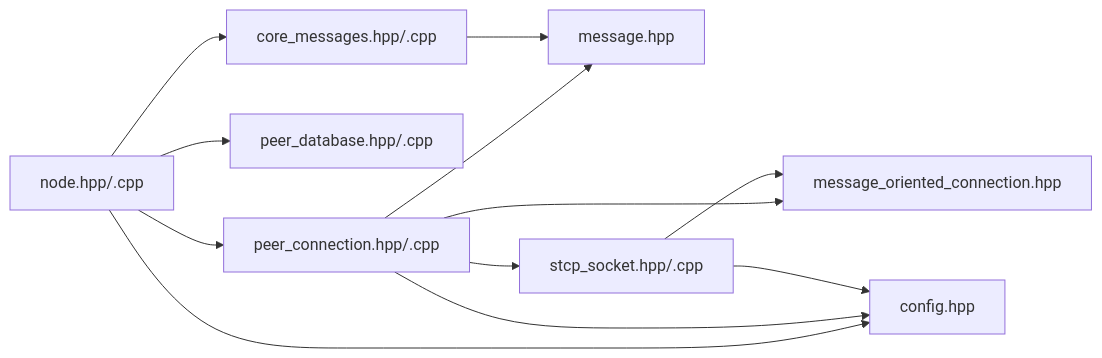
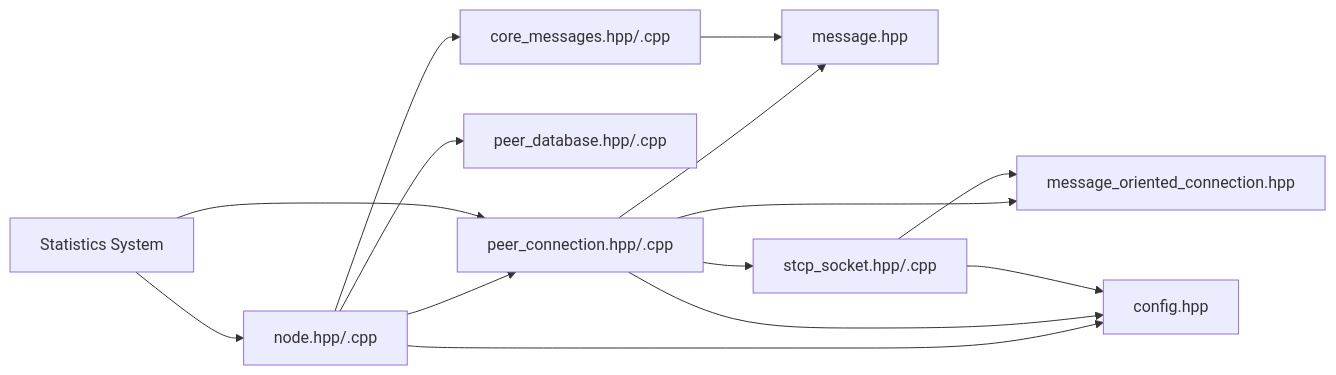
One commit to VIZ-Blockchain/viz-cpp-node changed diagram 11 of 11 in .qoder/repowiki/en/content/Architecture Overview/Core Libraries/Network Library/Network Library.md. Above: the diagram before and after it, drawn with Mermaid. The commit also changed other lines of this file and 3 other files, not shown here.

First line of the commit message:
docs(network): add detailed peer statistics and metrics system documentation

````diff
--- a/.qoder/repowiki/en/content/Architecture Overview/Core Libraries/Network Library/Network Library.md
+++ b/.qoder/repowiki/en/content/Architecture Overview/Core Libraries/Network Library/Network Library.md
@@ -409,14 +518,16 @@
 ```mermaid
 graph LR
 Node["node.hpp/.cpp"] --> PeerConn["peer_connection.hpp/.cpp"]
 Node --> PeerDB["peer_database.hpp/.cpp"]
 Node --> CoreMsg["core_messages.hpp/.cpp"]
 PeerConn --> Msg["message.hpp"]
 PeerConn --> MOC["message_oriented_connection.hpp"]
 PeerConn --> STCP["stcp_socket.hpp/.cpp"]
 CoreMsg --> Msg
 STCP --> MOC
 Node --> Cfg["config.hpp"]
 PeerConn --> Cfg
 STCP --> Cfg
+Stats["Statistics System"] --> Node
+Stats --> PeerConn
 ```
````
